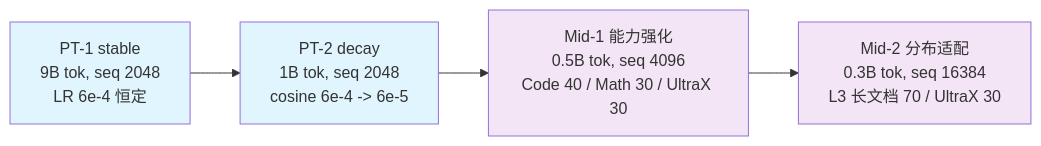
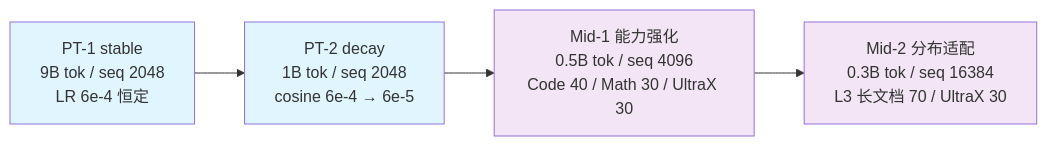
Before and after one commit to zongzhilou/shensi: the diagram in src/shensi/recipes/paper/gated_delta_attn_res/stage0_pretrain/README.md, drawn with Mermaid. The commit also changed other lines of this file and 134 other files, not shown here.

````diff
--- a/src/shensi/recipes/paper/gated_delta_attn_res/stage0_pretrain/README.md
+++ b/src/shensi/recipes/paper/gated_delta_attn_res/stage0_pretrain/README.md
@@ -17,10 +20,10 @@
 ```mermaid
 flowchart LR
-    p1["PT-1 stable<br/>9B tok, seq 2048<br/>LR 6e-4 恒定"] --> p2["PT-2 decay<br/>1B tok, seq 2048<br/>cosine 6e-4 -> 6e-5"]
-    p2 --> m1["Mid-1 能力强化<br/>0.5B tok, seq 4096<br/>Code 40 / Math 30 / UltraX 30"]
-    m1 --> m2["Mid-2 分布适配<br/>0.3B tok, seq 16384<br/>L3 长文档 70 / UltraX 30"]
+    p1["PT-1 stable<br/>9B tok / seq 2048<br/>LR 6e-4 恒定"] --> p2["PT-2 decay<br/>1B tok / seq 2048<br/>cosine 6e-4 → 6e-5"]
+    p2 --> m1["Mid-1 能力强化<br/>0.5B tok / seq 4096<br/>Code 40 / Math 30 / UltraX 30"]
+    m1 --> m2["Mid-2 分布适配<br/>0.3B tok / seq 16384<br/>L3 长文档 70 / UltraX 30"]
     style p1 fill:#e1f5fe
     style p2 fill:#e1f5fe
     style m1 fill:#f3e5f5
     style m2 fill:#f3e5f5
 ```
````
